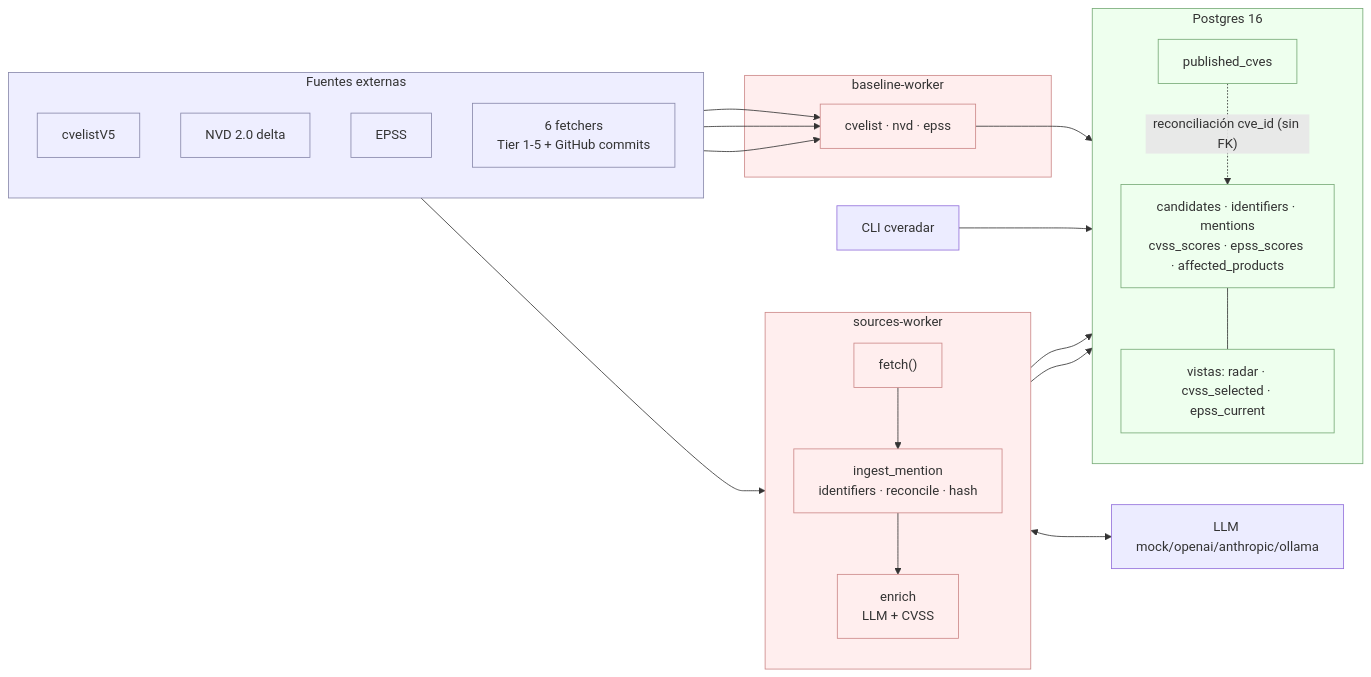
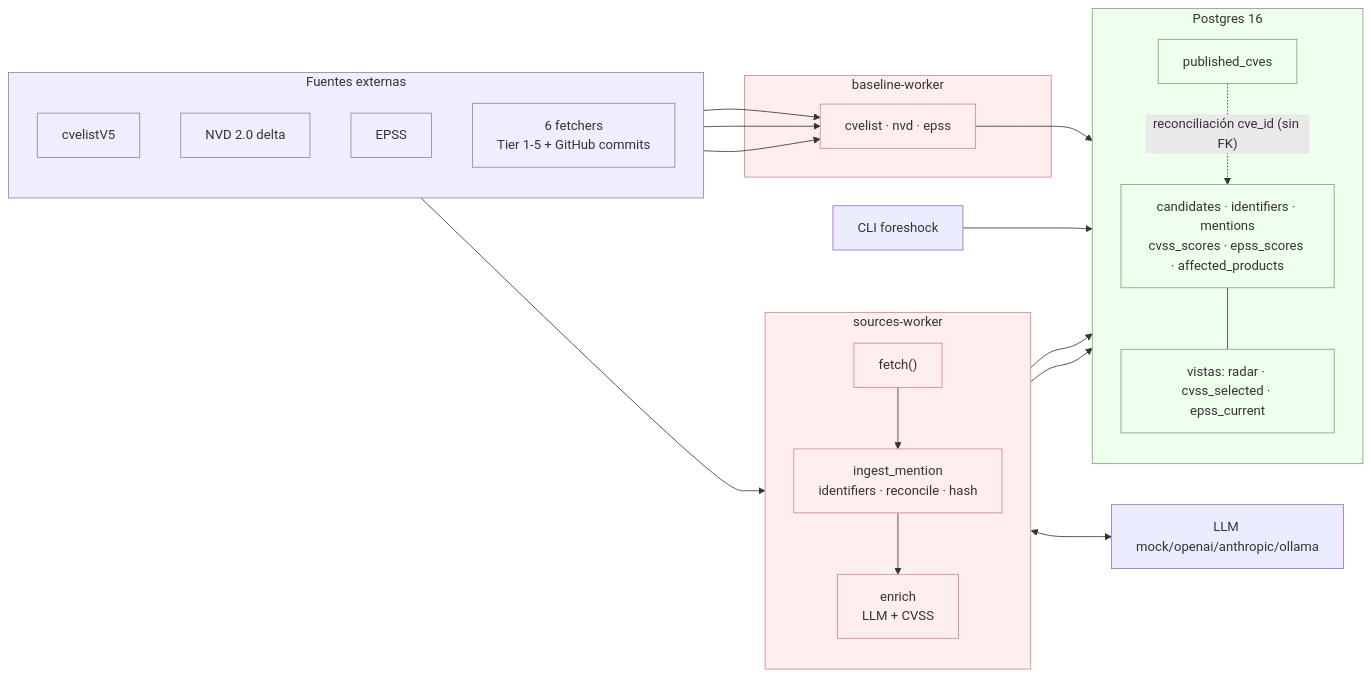
Before and after one commit to aramosf/foreshock: the diagram in README.es.md, drawn with Mermaid. The commit also changed other lines of this file and 15 other files, not shown here.

First line of the commit message:
Rename del proyecto: CVERadar -> Foreshock

````diff
--- a/README.es.md
+++ b/README.es.md
@@ -36,43 +36,43 @@
 ```mermaid
 flowchart LR
     subgraph EXT["Fuentes externas"]
         direction TB
         CVELIST["cvelistV5"]
         NVD["NVD 2.0 delta"]
         EPSSAPI["EPSS"]
         SRC["6 fetchers<br/>Tier 1-5 + GitHub commits"]
     end
     subgraph BW["baseline-worker"]
         JOBS["cvelist · nvd · epss"]
     end
     subgraph SW["sources-worker"]
         direction TB
         FETCH["fetch()"] --> INGEST["ingest_mention<br/>identifiers · reconcile · hash"] --> ENRICH["enrich<br/>LLM + CVSS"]
     end
     LLM["LLM mock/openai/anthropic/ollama"]
     subgraph PG["Postgres 16"]
         direction TB
         PUB["published_cves"]
         DATA["candidates · identifiers · mentions<br/>cvss_scores · epss_scores · affected_products"]
         VIEW["vistas: radar · cvss_selected · epss_current"]
     end
-    CLI["CLI cveradar"]
+    CLI["CLI foreshock"]
     CVELIST --> JOBS
     NVD --> JOBS
     EPSSAPI --> JOBS
     SRC --> FETCH
     JOBS --> PUB
     INGEST --> DATA
     ENRICH --> DATA
     ENRICH <--> LLM
     PUB -. "reconciliación cve_id (sin FK)" .-> DATA
     DATA --- VIEW
     CLI --> PG
 
     classDef ext fill:#eef,stroke:#88a;
     classDef store fill:#efe,stroke:#7a7;
     classDef proc fill:#fee,stroke:#c88;
     class EXT,CVELIST,NVD,EPSSAPI,SRC ext;
     class PG,PUB,DATA,VIEW store;
     class BW,SW,JOBS,FETCH,INGEST,ENRICH proc;
 ```
````
